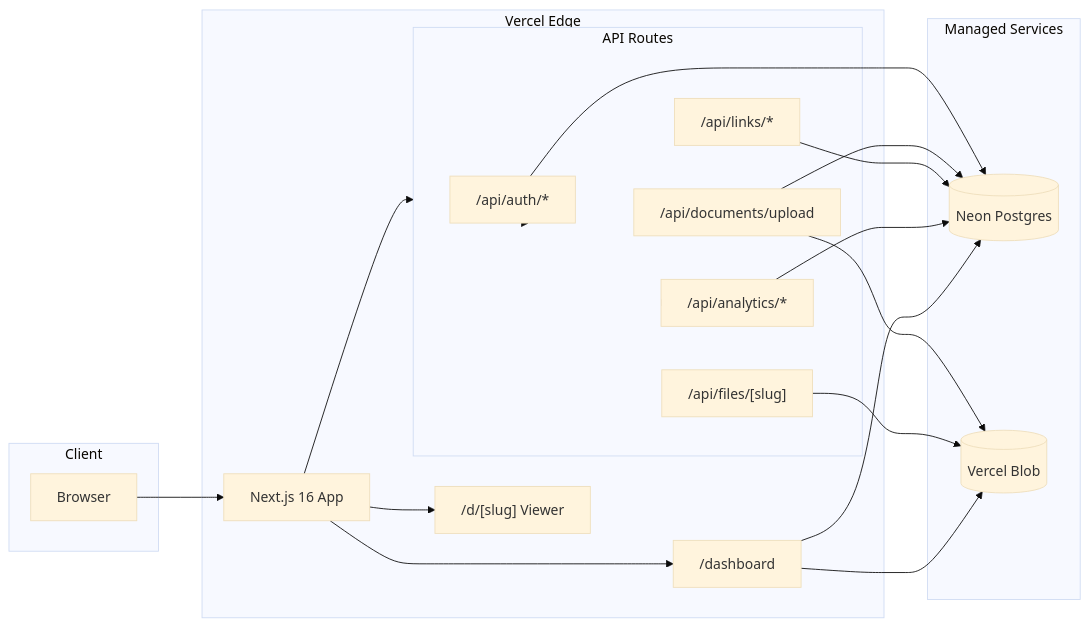
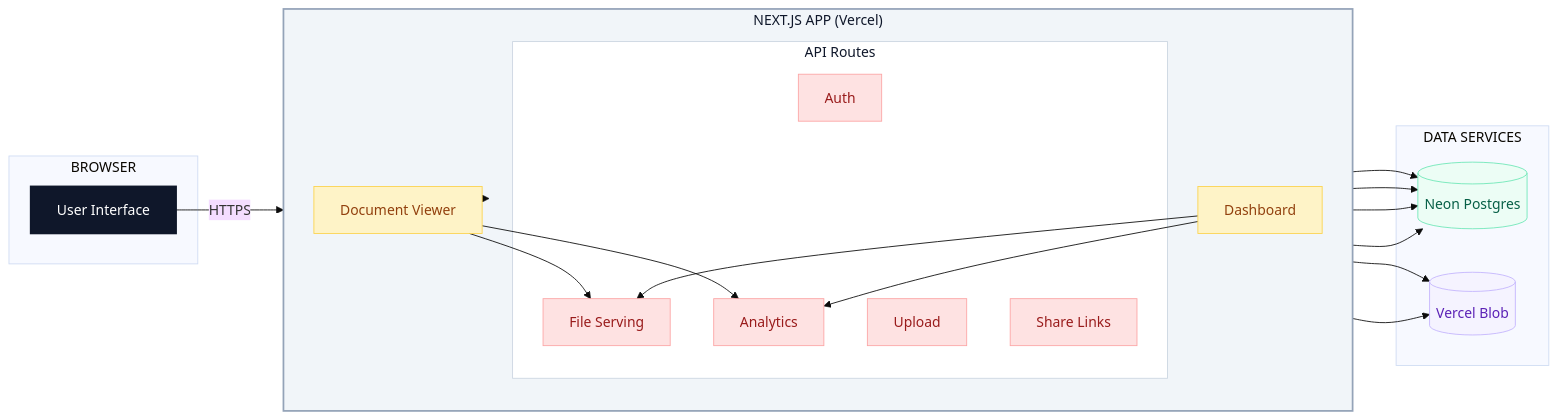
One commit to guneettoppo/DocLens changed the first of 5 diagrams in README.md. Above: the diagram before and after it, drawn with Mermaid (base theme). The commit also changed other lines of this file, not shown here.

Commit message:
docs: redesign system diagram with color contrast, simplify data flow diagram

````diff
--- a/README.md
+++ b/README.md
@@ -20,42 +20,51 @@
 ```mermaid
 flowchart LR
-    subgraph Client["Client"]
-        B["Browser"]
+    subgraph Client["BROWSER"]
+        B["User Interface"]
     end
 
-    subgraph Vercel["Vercel Edge"]
-        NG["Next.js 16 App"]
-        subgraph API["API Routes"]
-            AUTH["/api/auth/*"]
-            UPLOAD["/api/documents/upload"]
-            LINKS["/api/links/*"]
-            FILES["/api/files/[slug]"]
-            TRACK["/api/analytics/*"]
+    subgraph App["NEXT.JS APP (Vercel)"]
+        direction TB
+        subgraph Routes["API Routes"]
+            AUTH["Auth"]
+            UPLOAD["Upload"]
+            LINKS["Share Links"]
+            FILES["File Serving"]
+            TRACK["Analytics"]
         end
-        VIEWER["/d/[slug] Viewer"]
-        DASH["/dashboard"]
+        VIEWER["Document Viewer"]
+        DASH["Dashboard"]
     end
 
-    subgraph Services["Managed Services"]
+    subgraph Services["DATA SERVICES"]
         PG[("Neon Postgres")]
         BLOB[("Vercel Blob")]
     end
 
-    B --> NG
-    NG --> API
-    NG --> VIEWER
-    NG --> DASH
-    API --> AUTH
-    API --> UPLOAD
-    API --> LINKS
-    API --> FILES
-    API --> TRACK
+    B -->|"HTTPS"| App
+    App --> VIEWER
+    App --> DASH
+    VIEWER --> FILES
+    VIEWER --> TRACK
+    DASH --> TRACK
+    DASH --> FILES
     AUTH --> PG
     UPLOAD --> BLOB
     UPLOAD --> PG
     LINKS --> PG
     FILES --> BLOB
     TRACK --> PG
-    DASH --> PG
-    DASH --> BLOB
+
+    style B fill:#0F172A,color:#FFFFFF,stroke:#0F172A,stroke-width:2px
+    style App fill:#F1F5F9,color:#0F172A,stroke:#94A3B8,stroke-width:2px
+    style Routes fill:#FFFFFF,color:#0F172A,stroke:#CBD5E1,stroke-width:1px
+    style AUTH fill:#FEE2E2,color:#991B1B,stroke:#FCA5A5
+    style UPLOAD fill:#FEE2E2,color:#991B1B,stroke:#FCA5A5
+    style LINKS fill:#FEE2E2,color:#991B1B,stroke:#FCA5A5
+    style FILES fill:#FEE2E2,color:#991B1B,stroke:#FCA5A5
+    style TRACK fill:#FEE2E2,color:#991B1B,stroke:#FCA5A5
+    style VIEWER fill:#FEF3C7,color:#92400E,stroke:#FCD34D
+    style DASH fill:#FEF3C7,color:#92400E,stroke:#FCD34D
+    style PG fill:#ECFDF5,color:#065F46,stroke:#6EE7B7
+    style BLOB fill:#F5F3FF,color:#5B21B6,stroke:#C4B5FD
 ```
````
